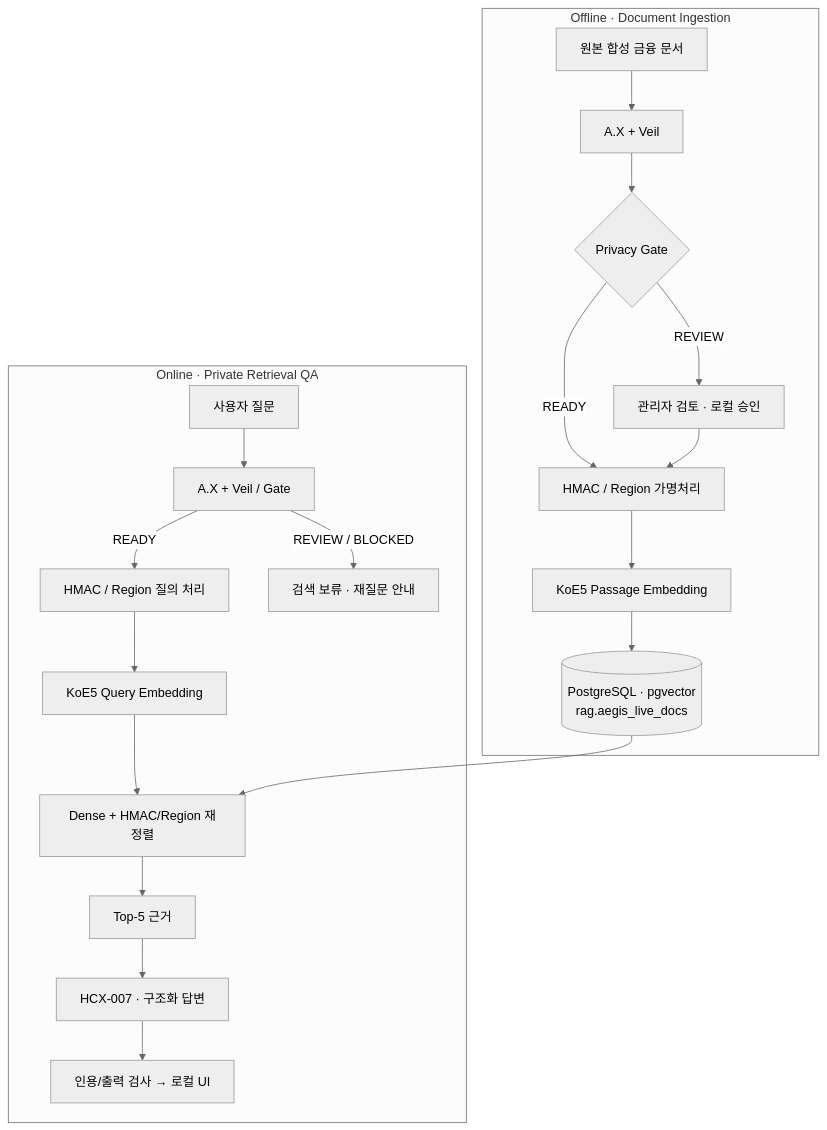
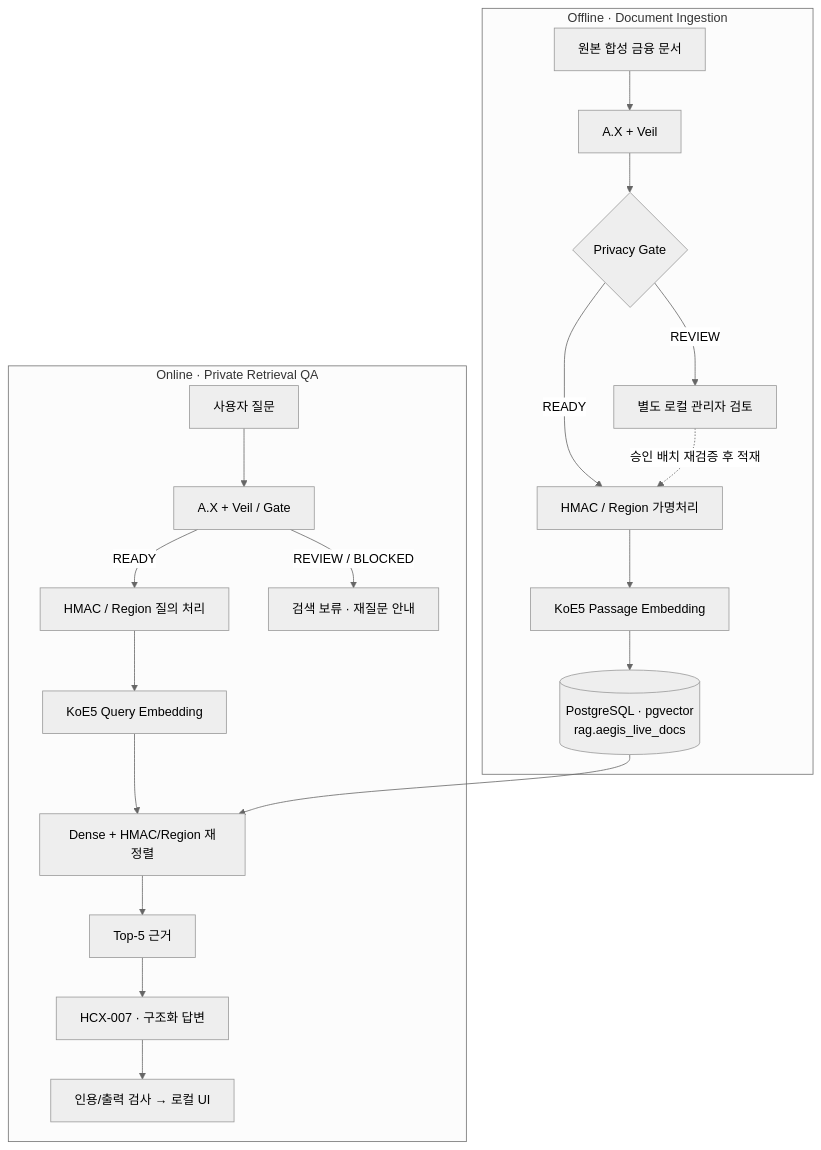
One commit to kohjunseo1/AegisRAG changed the diagram in README.md. Above: the diagram before and after it, drawn with Mermaid (neutral theme).

Commit message:
docs: clarify manual REVIEW-to-live-ingest is a separate workflow

````diff
--- a/README.md
+++ b/README.md
@@ -22,23 +22,23 @@
 ```mermaid
 flowchart TD
     subgraph Offline["Offline · Document Ingestion"]
         A["원본 합성 금융 문서"] --> B["A.X + Veil"]
         B --> C{"Privacy Gate"}
         C -- READY --> D["HMAC / Region 가명처리"]
-        C -- REVIEW --> R["관리자 검토 · 로컬 승인"]
-        R --> D
+        C -- REVIEW --> R["별도 로컬 관리자 검토"]
+        R -. 승인 배치 재검증 후 적재 .-> D
         D --> E["KoE5 Passage Embedding"]
         E --> F[("PostgreSQL · pgvector\nrag.aegis_live_docs")]
     end
     subgraph Online["Online · Private Retrieval QA"]
         Q["사용자 질문"] --> G["A.X + Veil / Gate"]
         G -- READY --> H["HMAC / Region 질의 처리"]
         G -- REVIEW / BLOCKED --> W["검색 보류 · 재질문 안내"]
         H --> I["KoE5 Query Embedding"]
         I --> J["Dense + HMAC/Region 재정렬"]
         F --> J
         J --> K["Top-5 근거"]
         K --> L["HCX-007 · 구조화 답변"]
         L --> M["인용/출력 검사 → 로컬 UI"]
     end
 ```
````
